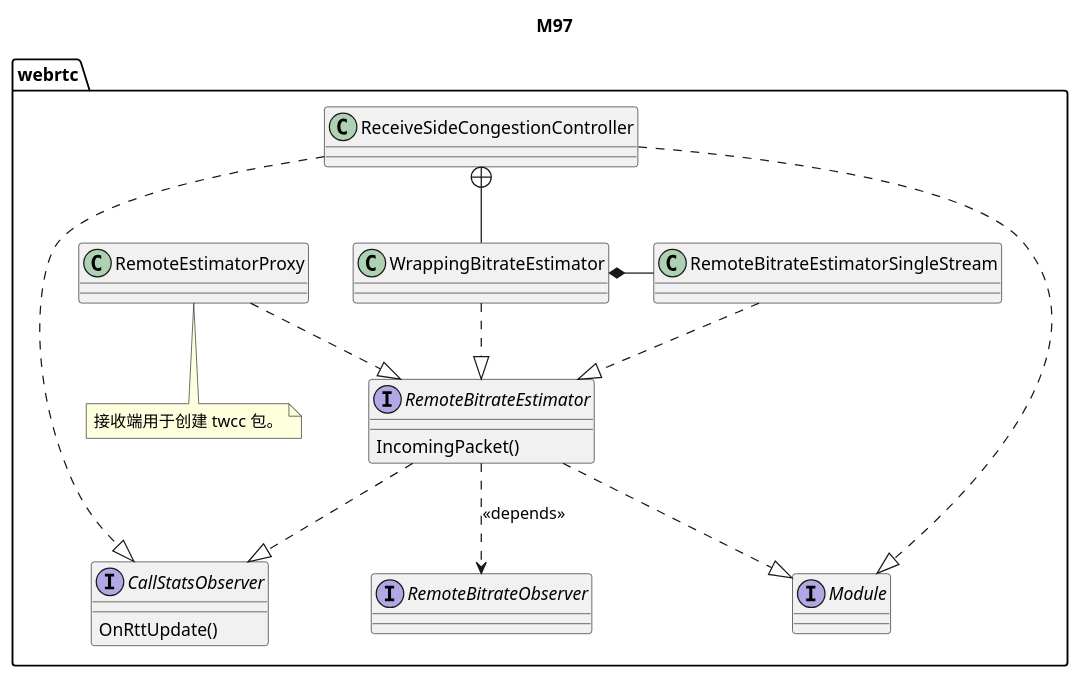
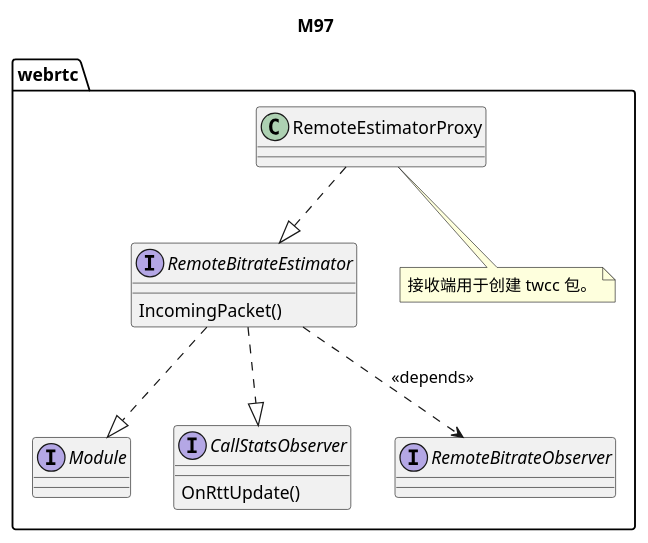
The sixth of 10 diagrams in webrtc_chrome/modules.md (mingxin505/webrtcNote), drawn with PlantUML before and after one commit. The commit also changed other lines of this file and 3 other files, not shown here.

````diff
--- a/webrtc_chrome/modules.md
+++ b/webrtc_chrome/modules.md
@@ -109,27 +130,22 @@
 ```plantuml
 title M97
 package webrtc {
     interface Module
     interface CallStatsObserver {
         OnRttUpdate()
     }
     interface RemoteBitrateEstimator {
         IncomingPacket()
     }
     interface RemoteBitrateObserver
 
     note "接收端用于创建 twcc 包。" as N1
     RemoteEstimatorProxy .. N1
     RemoteEstimatorProxy ..|> RemoteBitrateEstimator
     RemoteBitrateEstimator ..|> Module
     RemoteBitrateEstimator ..|> CallStatsObserver
     RemoteBitrateEstimator ..> RemoteBitrateObserver : <<depends>>
-    ReceiveSideCongestionController +-- WrappingBitrateEstimator
-    WrappingBitrateEstimator *- RemoteBitrateEstimatorSingleStream
-    RemoteBitrateEstimatorSingleStream ..|> RemoteBitrateEstimator
-    WrappingBitrateEstimator ..|> RemoteBitrateEstimator
-    ReceiveSideCongestionController ..|> Module
-    ReceiveSideCongestionController ..|> CallStatsObserver
+
 }
 
 ```
````
